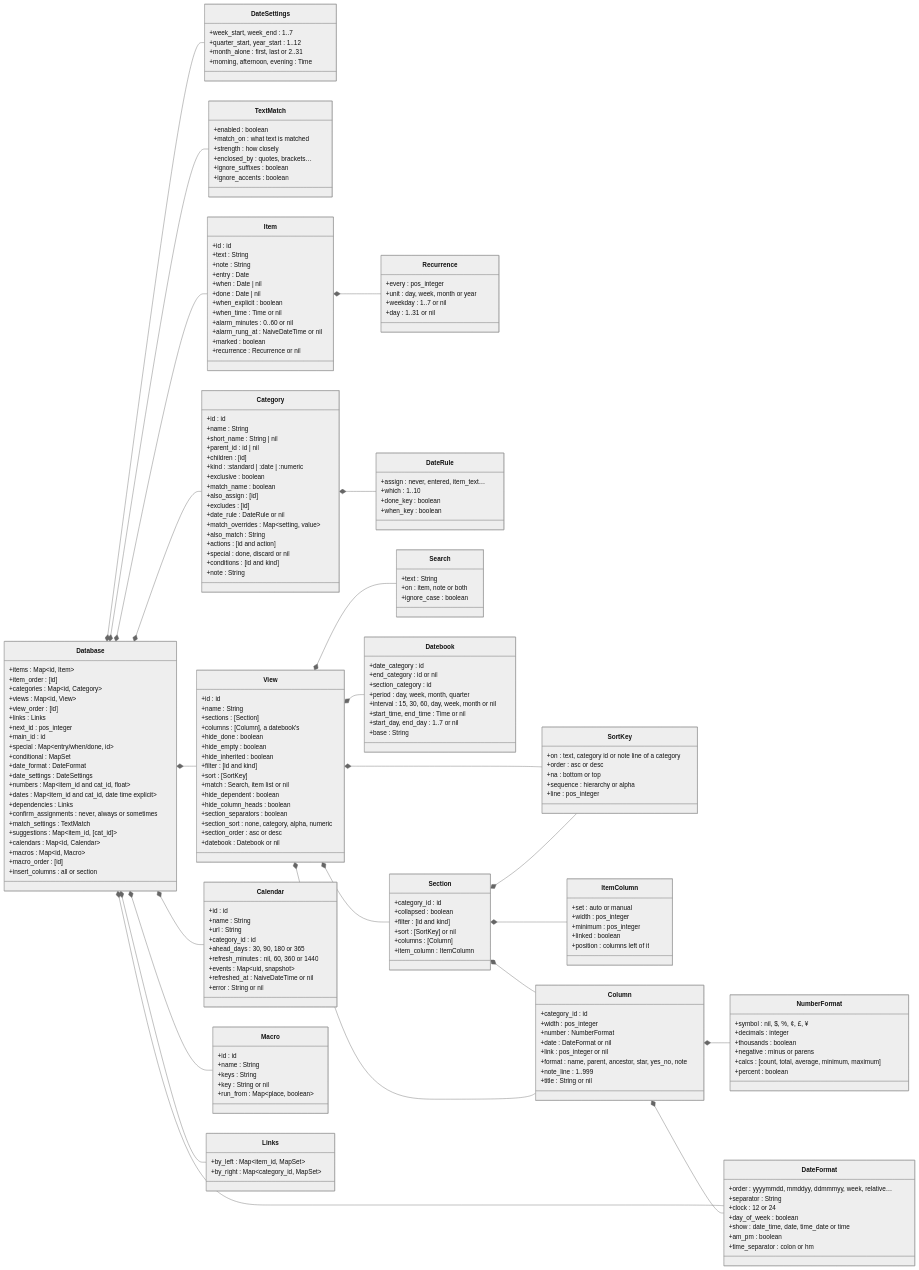
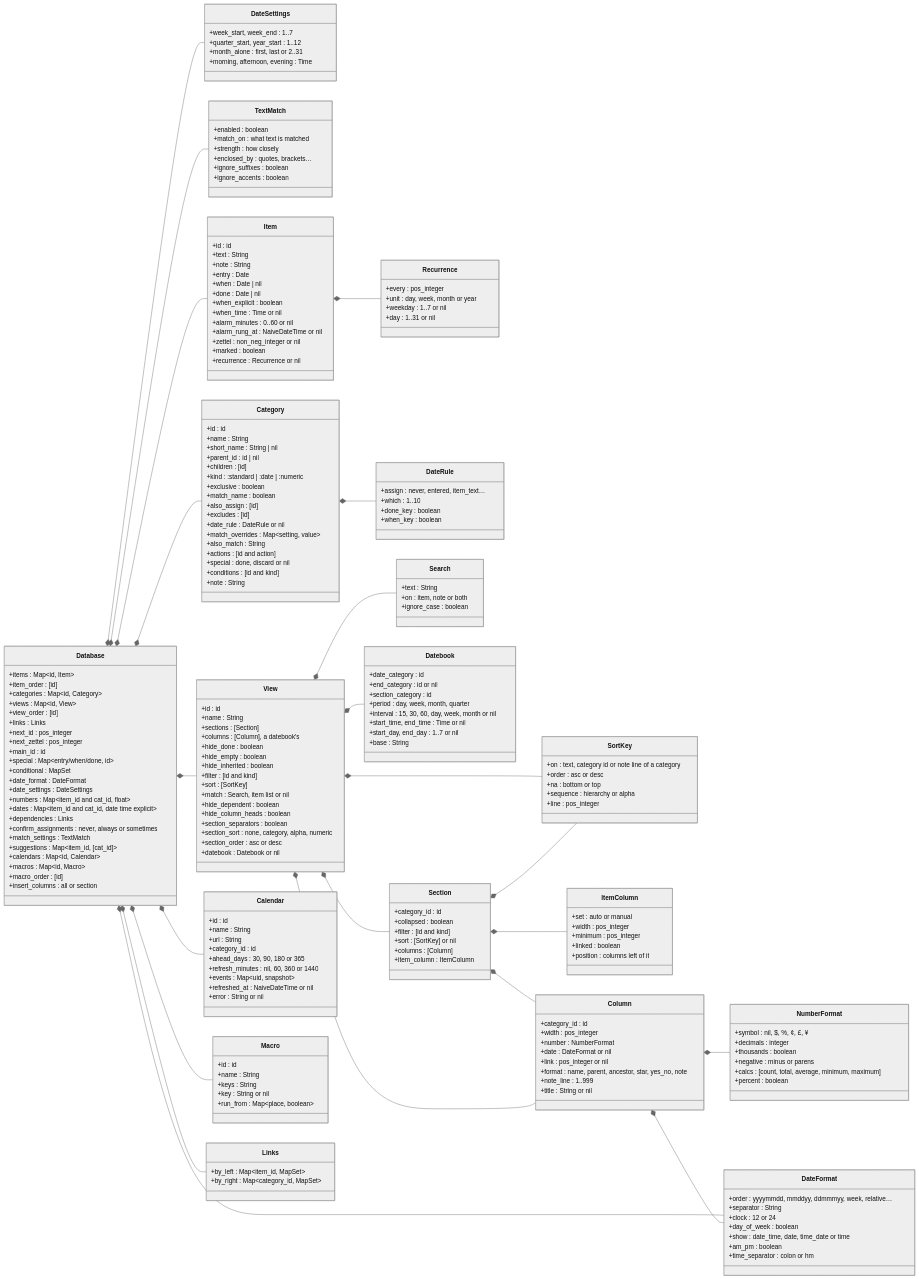
The second of 6 diagrams in docs/DATA_MODEL.md (jamting/agendum), drawn with Mermaid (neutral theme) before and after one commit. The commit also changed other lines of this file and 25 other files, not shown here.

```diff
--- a/docs/DATA_MODEL.md
+++ b/docs/DATA_MODEL.md
@@ -153,6 +155,7 @@
         +view_order : [id]
         +links : Links
         +next_id : pos_integer
+        +next_zettel : pos_integer
         +main_id : id
         +special : Map~entry/when/done, id~
         +conditional : MapSet
@@ -203,6 +206,7 @@
         +when_time : Time or nil
         +alarm_minutes : 0..60 or nil
         +alarm_rung_at : NaiveDateTime or nil
+        +zettel : non_neg_integer or nil
         +marked : boolean
         +recurrence : Recurrence or nil
     }
```
